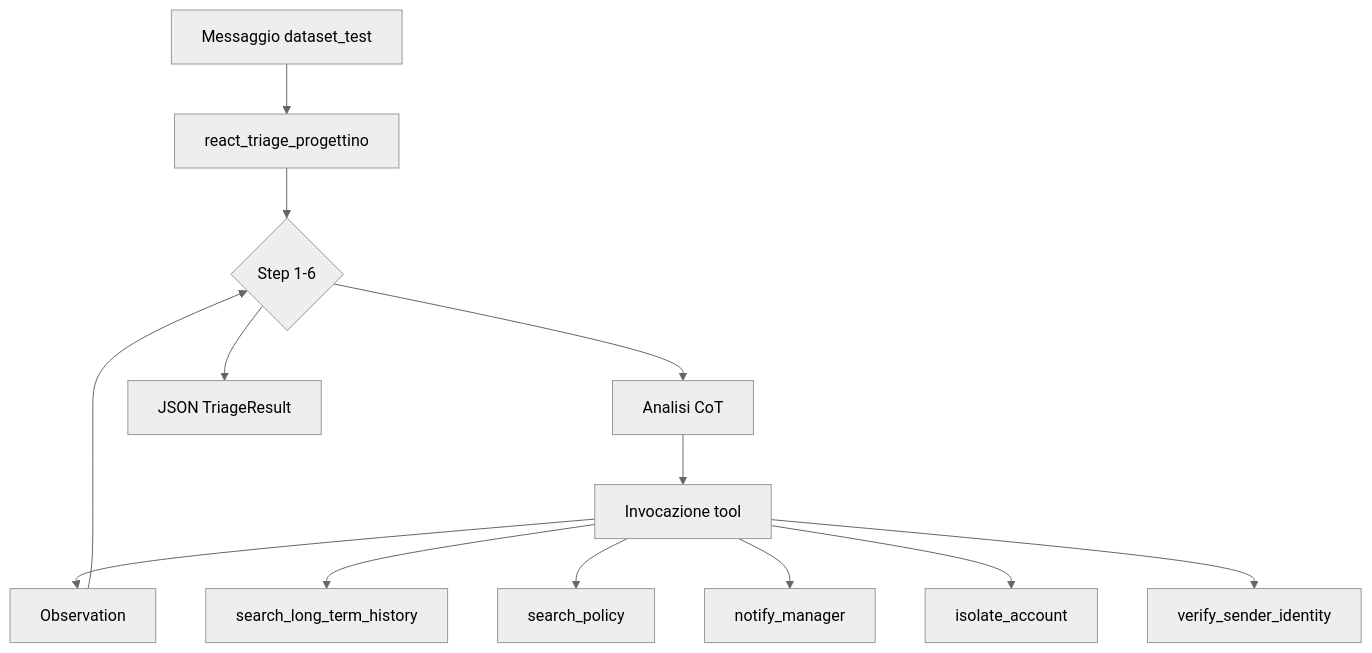
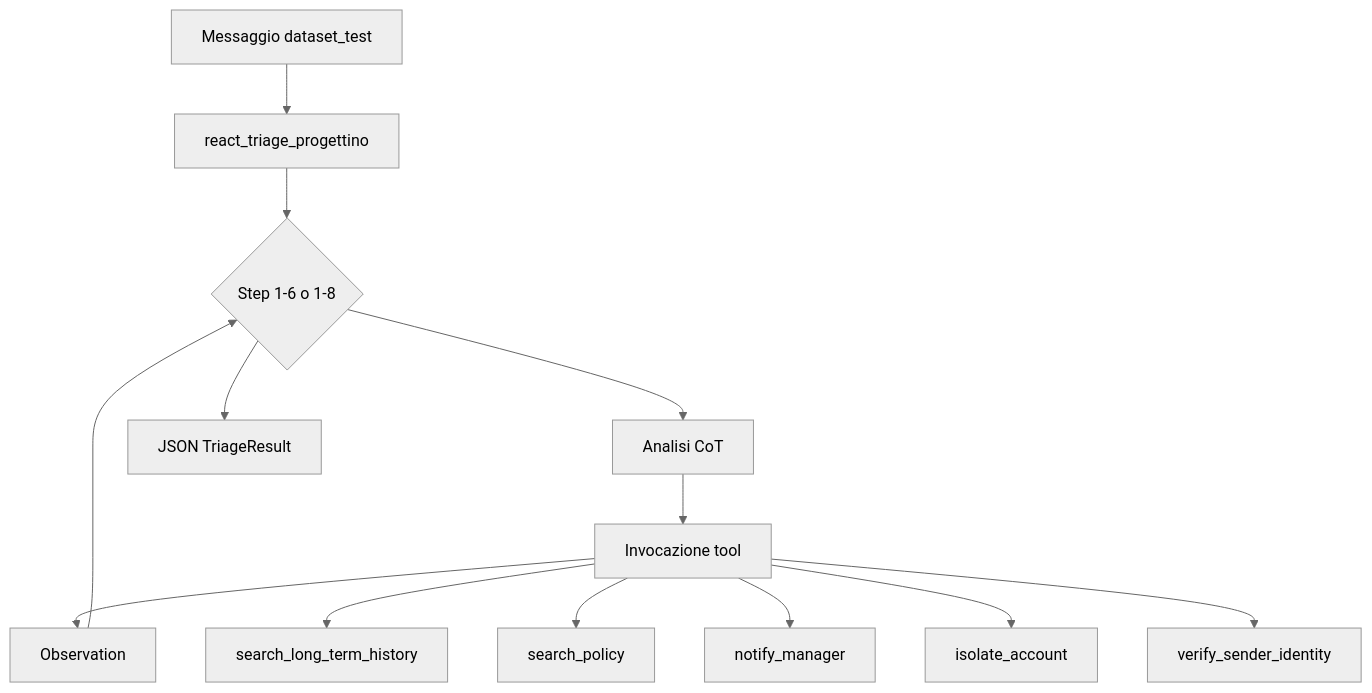
The diagram in docs/MANUALE_PROGETTINO_DATASET_TEST.md (Impesud/agentic-triage-system), drawn with Mermaid (neutral theme) before and after one commit. The commit also changed other lines of this file and 15 other files, not shown here.

````diff
--- a/docs/MANUALE_PROGETTINO_DATASET_TEST.md
+++ b/docs/MANUALE_PROGETTINO_DATASET_TEST.md
@@ -116,15 +124,15 @@
 ```mermaid
 flowchart TB
     UserMsg[Messaggio dataset_test] --> ReAct[react_triage_progettino]
-    ReAct --> Step1{Step 1-6}
+    ReAct --> Step1{Step 1-6 o 1-8}
     Step1 --> Think[Analisi CoT]
     Think --> Tools[Invocazione tool]
     Tools --> Obs[Observation]
     Obs --> Step1
     Step1 --> FinalJSON[JSON TriageResult]
     Tools --> LTM[search_long_term_history]
     Tools --> RAG[search_policy]
     Tools --> NM[notify_manager]
     Tools --> ISO[isolate_account]
     Tools --> VER[verify_sender_identity]
 ```
````
